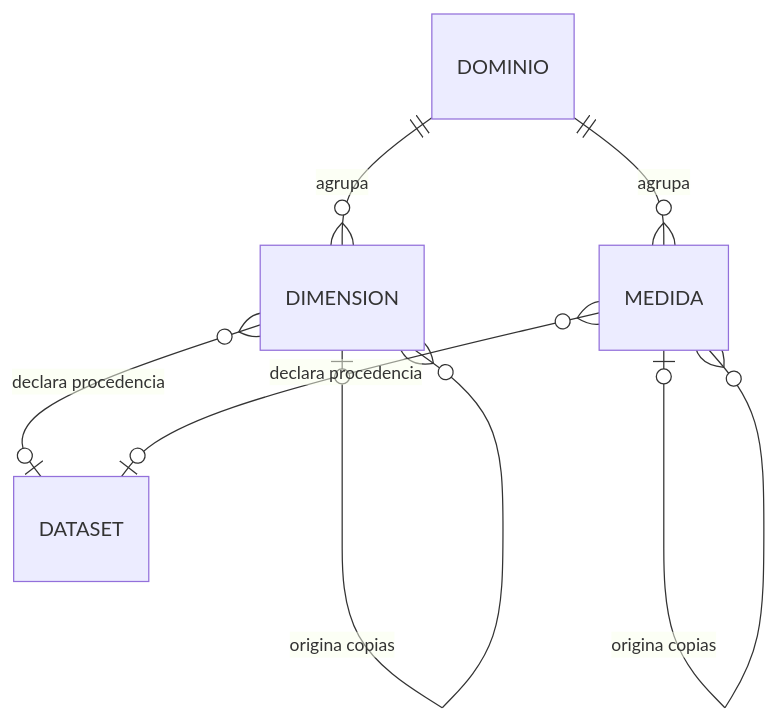
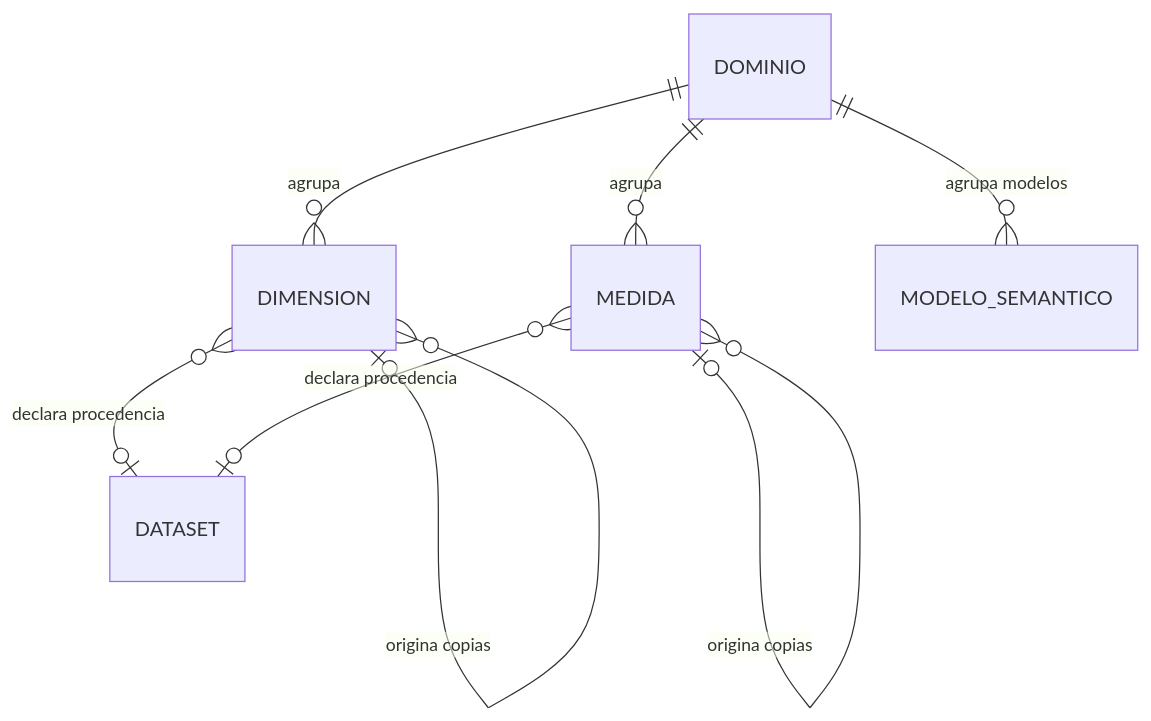
One commit to ianache/synapse-bi changed the diagram in knowledge-base/business/information-model/IMD-002-catalogo-semantico.md. Above: the diagram before and after it, drawn with Mermaid. The commit also changed other lines of this file and 40 other files, not shown here.

````diff
--- a/knowledge-base/business/information-model/IMD-002-catalogo-semantico.md
+++ b/knowledge-base/business/information-model/IMD-002-catalogo-semantico.md
@@ -39,9 +46,10 @@
 ```mermaid
 erDiagram
     DOMINIO ||--o{ DIMENSION : "agrupa"
     DOMINIO ||--o{ MEDIDA : "agrupa"
+    DOMINIO ||--o{ MODELO_SEMANTICO : "agrupa modelos"
     DIMENSION }o--o| DATASET : "declara procedencia"
     MEDIDA }o--o| DATASET : "declara procedencia"
     DIMENSION o|--o{ DIMENSION : "origina copias"
     MEDIDA o|--o{ MEDIDA : "origina copias"
 ```
````
